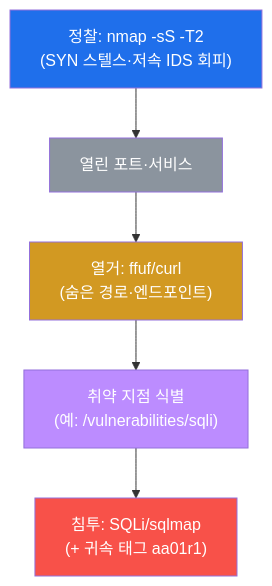
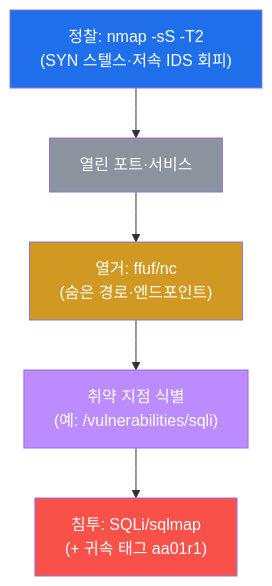
Before and after one commit to mrgrit/tw2: the second of 4 diagrams in contents/training/attack-adv/lecture_week01.md, drawn with Mermaid. The commit also changed other lines of this file and 45 other files, not shown here.

````diff
--- a/contents/training/attack-adv/lecture_week01.md
+++ b/contents/training/attack-adv/lecture_week01.md
@@ -146,13 +146,13 @@
 ```mermaid
 graph TD
     SCAN["정찰: nmap -sS -T2<br/>(SYN 스텔스·저속 IDS 회피)"]
     SCAN --> PORTS["열린 포트·서비스"]
-    PORTS --> ENUM["열거: ffuf/curl<br/>(숨은 경로·엔드포인트)"]
+    PORTS --> ENUM["열거: ffuf/nc<br/>(숨은 경로·엔드포인트)"]
     ENUM --> VULN["취약 지점 식별<br/>(예: /vulnerabilities/sqli)"]
     VULN --> EXP["침투: SQLi/sqlmap<br/>(+ 귀속 태그 aa01r1)"]
     style SCAN fill:#1f6feb,color:#fff
     style PORTS fill:#8b949e,color:#fff
     style ENUM fill:#d29922,color:#fff
     style VULN fill:#bc8cff,color:#fff
     style EXP fill:#f85149,color:#fff
 ```
````
